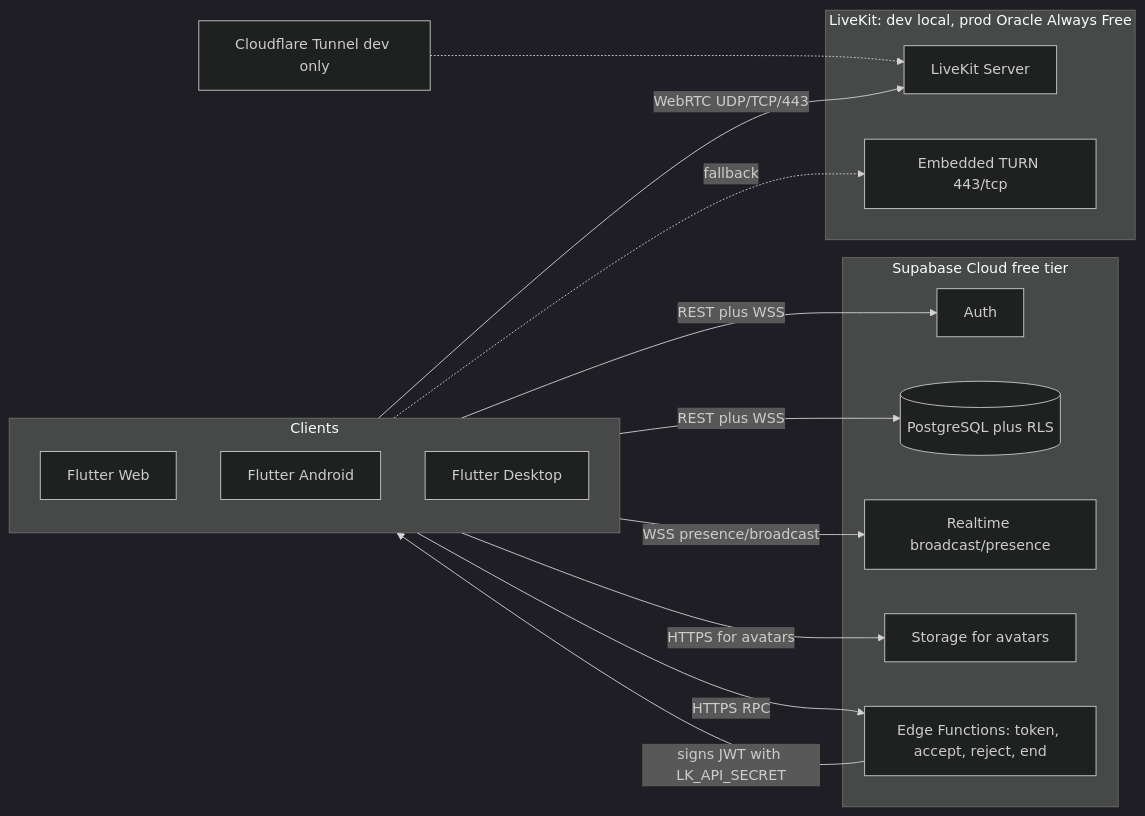
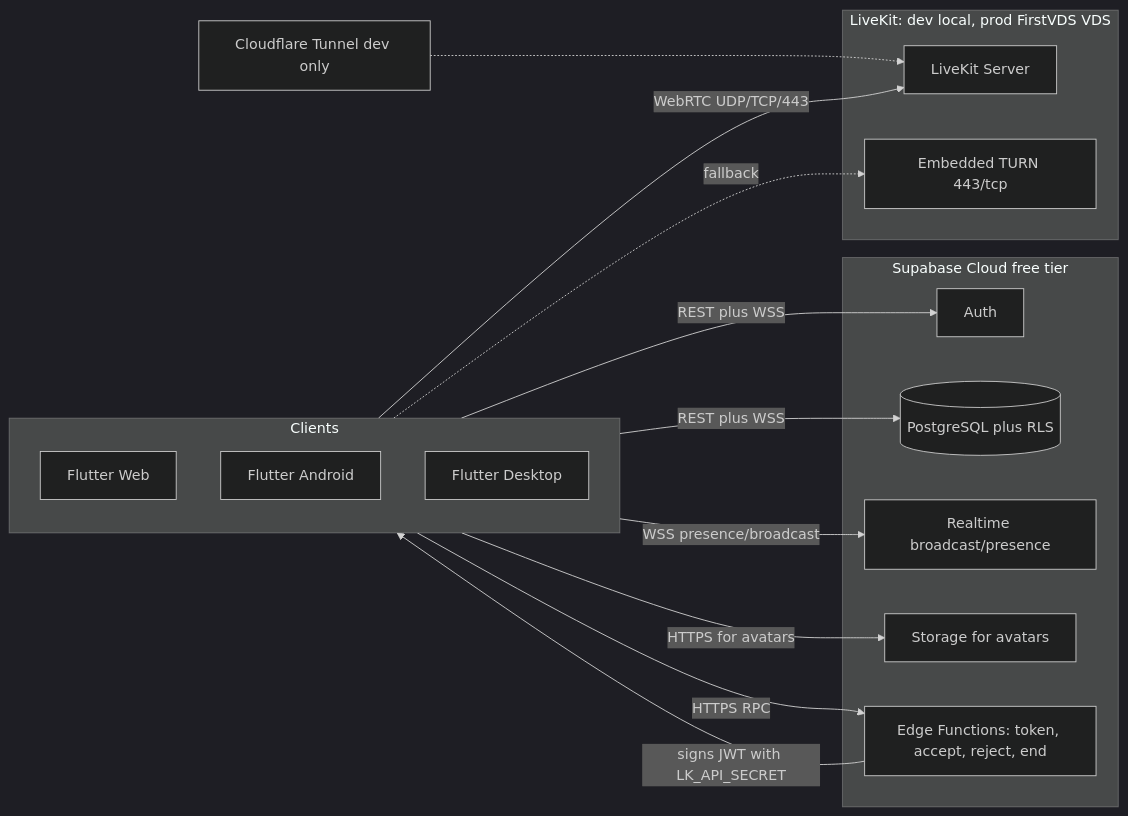
Before and after one commit to ruslanbay2022/vibecall: the first of 3 diagrams in PLAN.md, drawn with Mermaid (dark theme). The commit also changed other lines of this file and 4 other files, not shown here.

First line of the commit message:
docs(infra): FirstVDS prod host + Ubuntu 22.04 bootstrap fix (#77)

````diff
--- a/PLAN.md
+++ b/PLAN.md
@@ -326,31 +327,31 @@
 ```mermaid
 flowchart LR
     subgraph Clients
         Web[Flutter Web]
         Android[Flutter Android]
         Desktop[Flutter Desktop]
     end
 
     subgraph SupabaseCloud [Supabase Cloud free tier]
         Auth[Auth]
         DB[(PostgreSQL plus RLS)]
         Realtime[Realtime broadcast/presence]
         Storage[Storage for avatars]
         Edge[Edge Functions: token, accept, reject, end]
     end
 
-    subgraph LiveKitNode [LiveKit: dev local, prod Oracle Always Free]
+    subgraph LiveKitNode [LiveKit: dev local, prod FirstVDS VDS]
         LK[LiveKit Server]
         TURN[Embedded TURN 443/tcp]
     end
 
     Tunnel[Cloudflare Tunnel dev only] -.-> LK
     Clients -- "REST plus WSS" --> Auth
     Clients -- "REST plus WSS" --> DB
     Clients -- "WSS presence/broadcast" --> Realtime
     Clients -- "HTTPS for avatars" --> Storage
     Clients -- "HTTPS RPC" --> Edge
     Edge -- "signs JWT with LK_API_SECRET" --> Clients
     Clients -- "WebRTC UDP/TCP/443" --> LK
     Clients -. "fallback" .-> TURN
 ```
````
